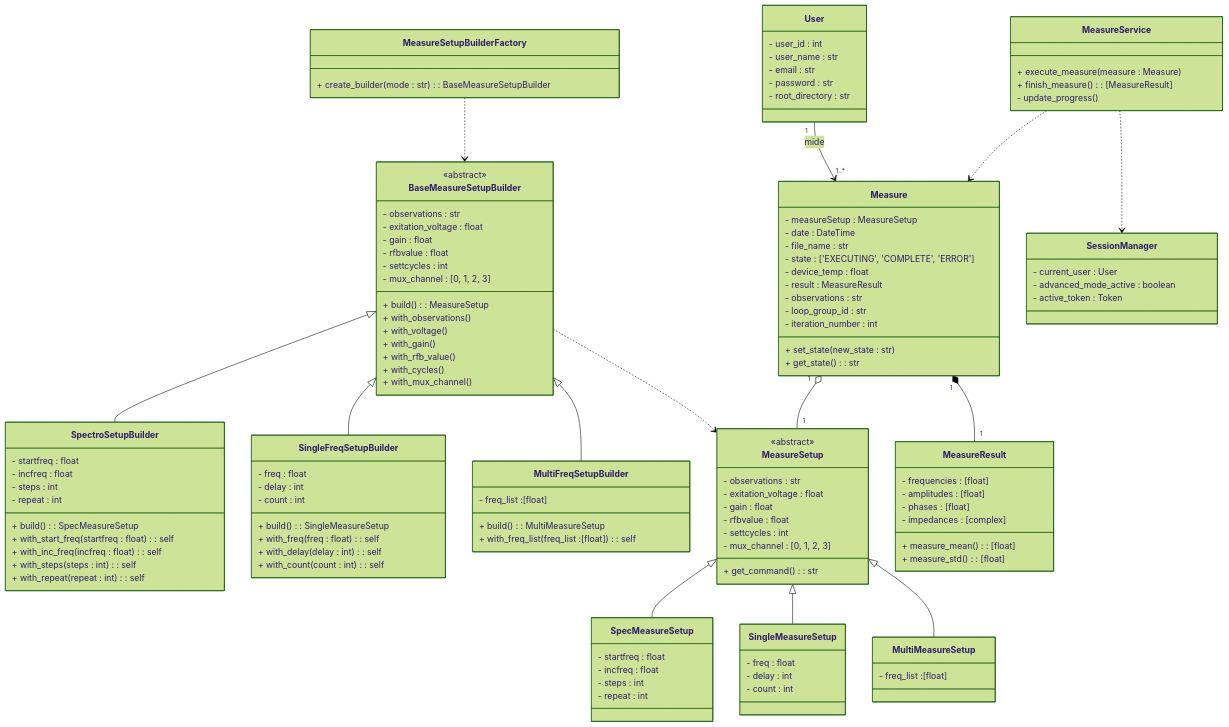
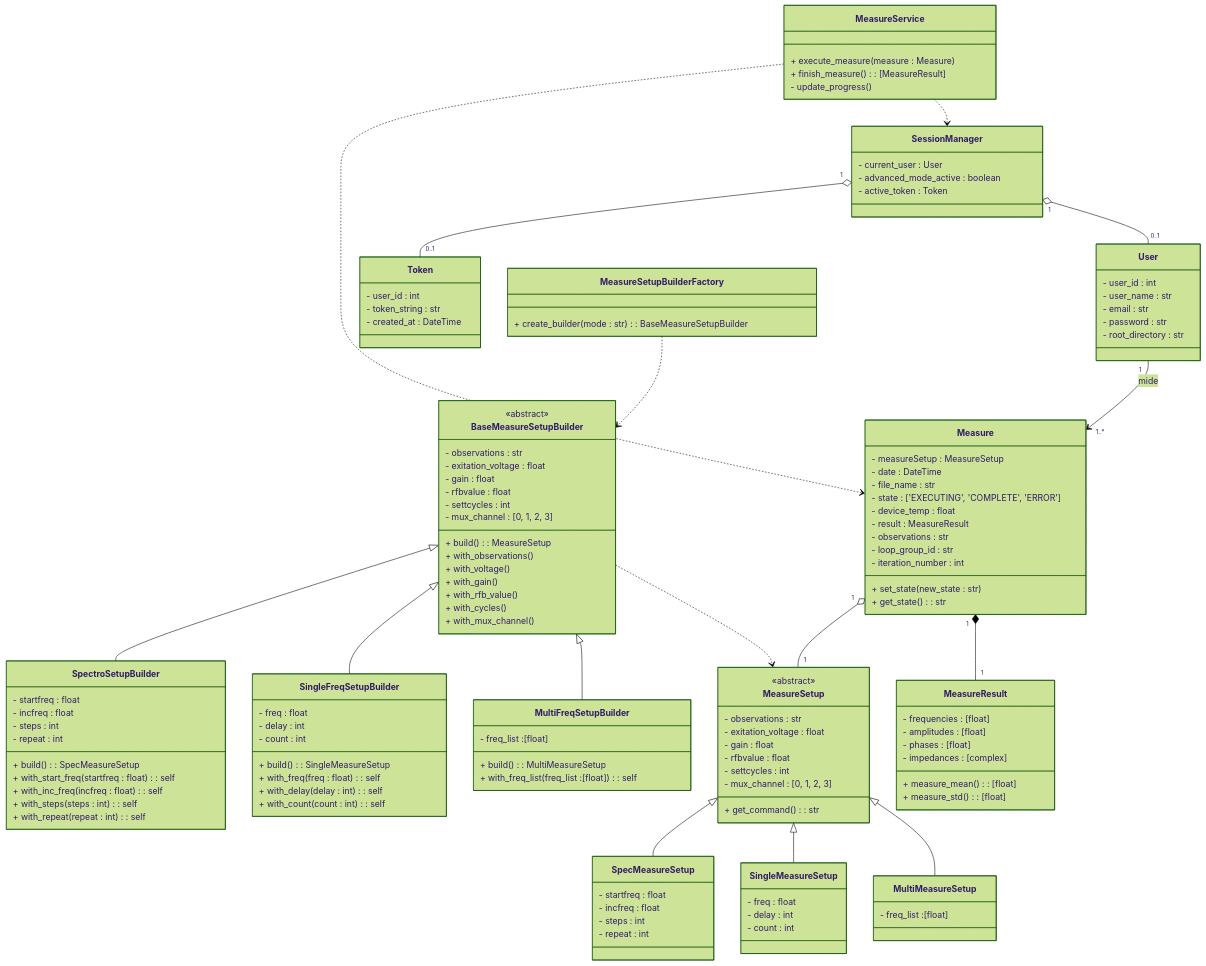
The fourth of 6 diagrams in Gmini-MarkDown/Diagramas/Clases Conceptuales.md (alegrelias/Repo-GMini), drawn with Mermaid (forest theme) before and after one commit. The commit also changed other lines of this file, not shown here.

Commit message:
Se modifica diagrama de clases

````diff
--- a/Gmini-MarkDown/Diagramas/Clases Conceptuales.md
+++ b/Gmini-MarkDown/Diagramas/Clases Conceptuales.md
@@ -513,6 +528,12 @@
 	- current_user : User
 	- advanced_mode_active : boolean
 	- active_token : Token
+}
+
+class Token {
+	- user_id : int
+	- token_string : str
+	- created_at : DateTime
 }
 
 class MeasureSetup {
@@ -618,4 +639,7 @@
 
 MeasureService ..> Measure
 MeasureService ..> SessionManager
+
+SessionManager "1"o--"0..1" Token
+SessionManager "1"o--"0..1" User
 ```
````
